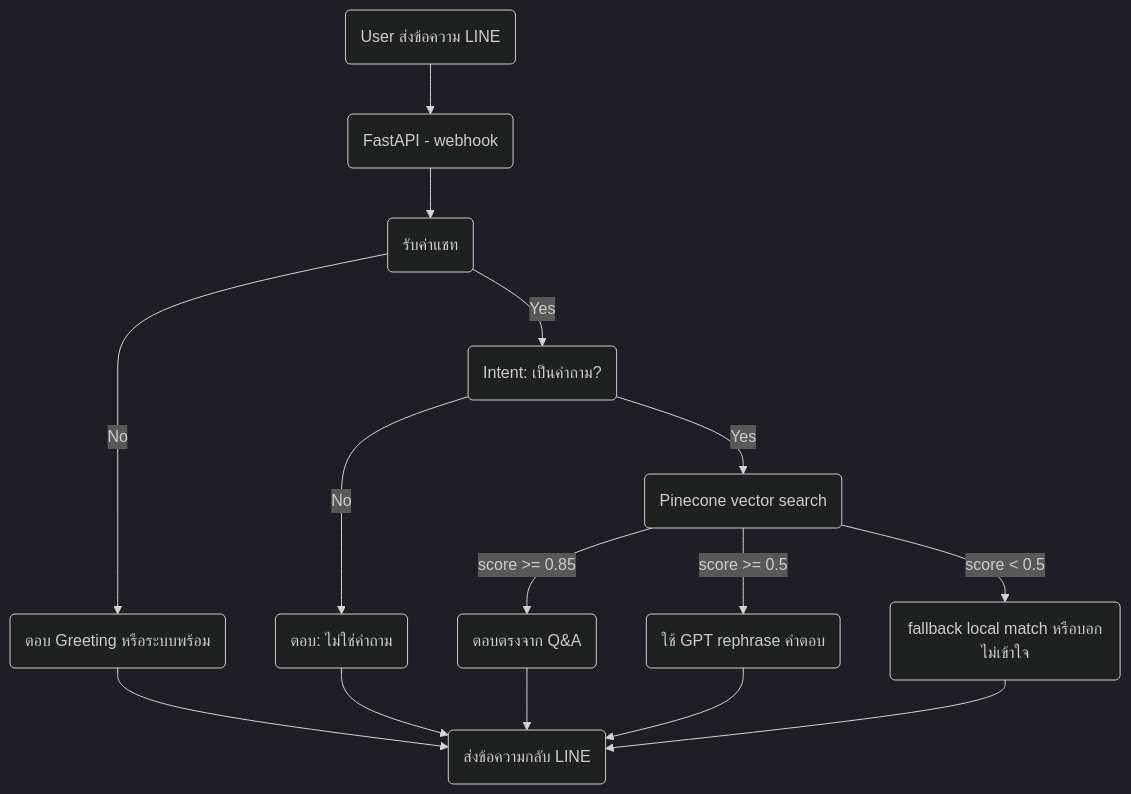
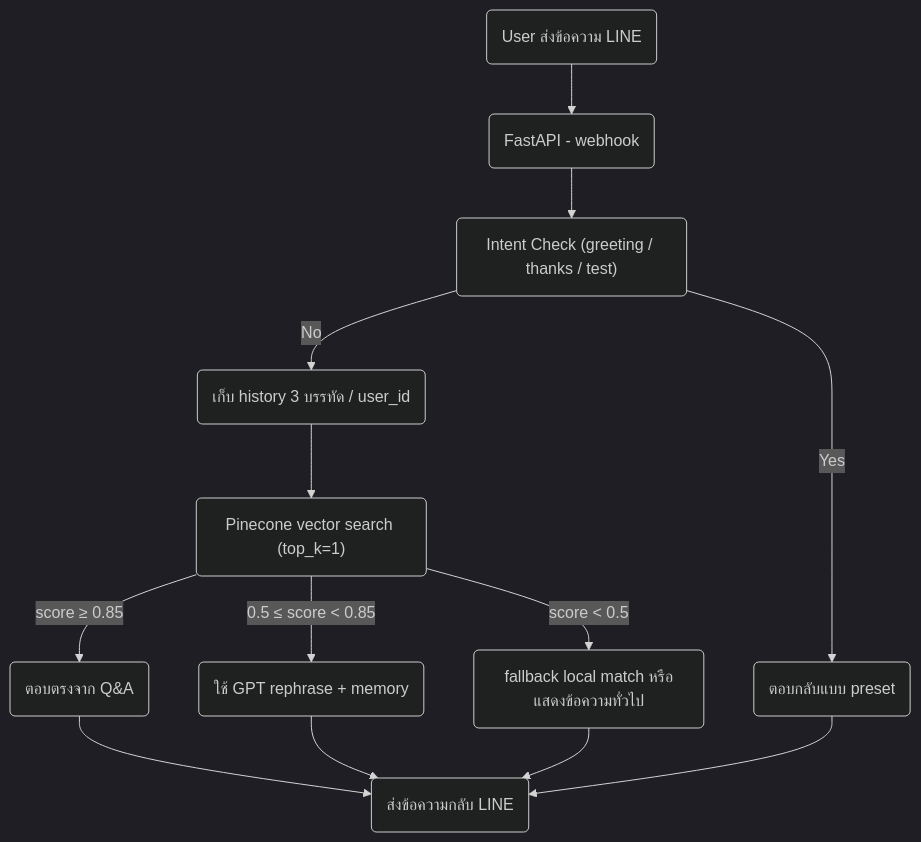
One commit to beztt/LINE-OA-Chatbot-QA changed the diagram in README.md. Above: the diagram before and after it, drawn with Mermaid (dark theme). The commit also changed other lines of this file, not shown here.

````diff
--- a/README.md
+++ b/README.md
@@ -20,17 +36,15 @@
 ```mermaid
 flowchart TD
     A("User ส่งข้อความ LINE") --> B("FastAPI - webhook")
-    B --> C("รับค่าแชท")
-    C -- No --> C1("ตอบ Greeting หรือระบบพร้อม")
-    C -- Yes --> D("Intent: เป็นคำถาม?")
-    D -- No --> D1("ตอบ: ไม่ใช่คำถาม")
-    D -- Yes --> E("Pinecone vector search")
-    E -- "score >= 0.85" --> F1("ตอบตรงจาก Q&A")
-    E -- "score >= 0.5" --> F2("ใช้ GPT rephrase คำตอบ")
-    E -- "score &lt; 0.5" --> F3("fallback local match หรือบอกไม่เข้าใจ")
+    B --> C("Intent Check (greeting / thanks / test)")
+    C -- Yes --> C1("ตอบกลับแบบ preset")
+    C -- No --> D("เก็บ history 3 บรรทัด / user_id")
+    D --> E("Pinecone vector search (top_k=1)")
+    E -- "score ≥ 0.85" --> F1("ตอบตรงจาก Q&A")
+    E -- "0.5 ≤ score < 0.85" --> F2("ใช้ GPT rephrase + memory")
+    E -- "score < 0.5" --> F3("fallback local match หรือแสดงข้อความทั่วไป")
     F1 --> G("ส่งข้อความกลับ LINE")
     F2 --> G
     F3 --> G
     C1 --> G
-    D1 --> G
 ```
````
